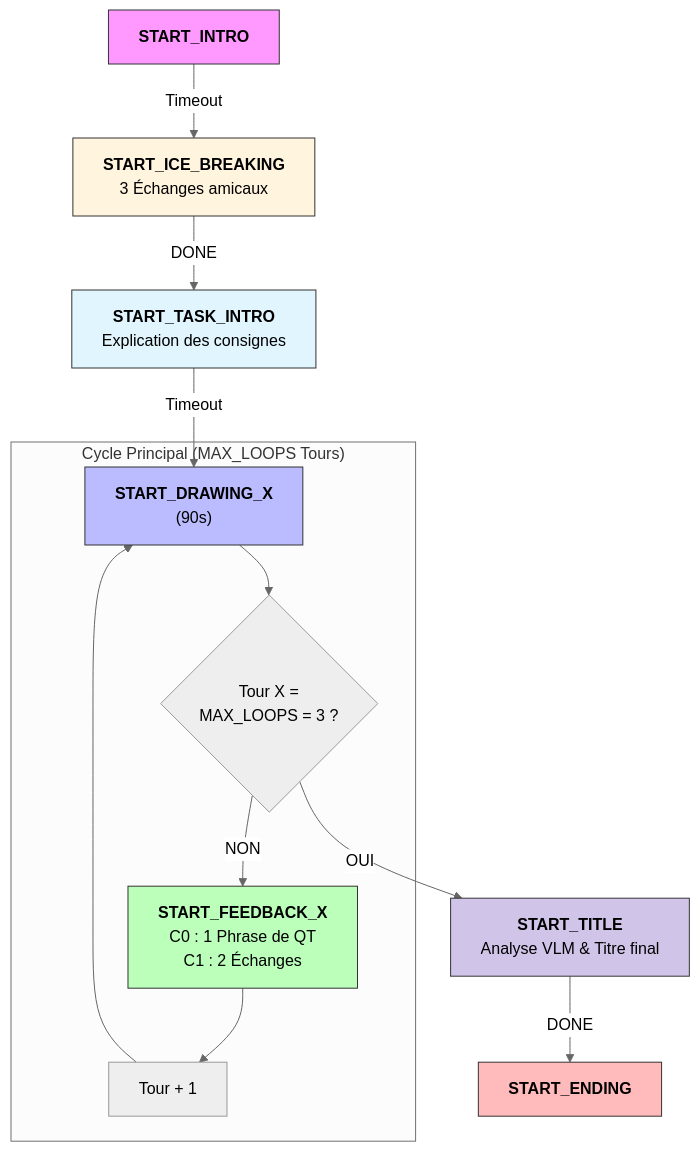
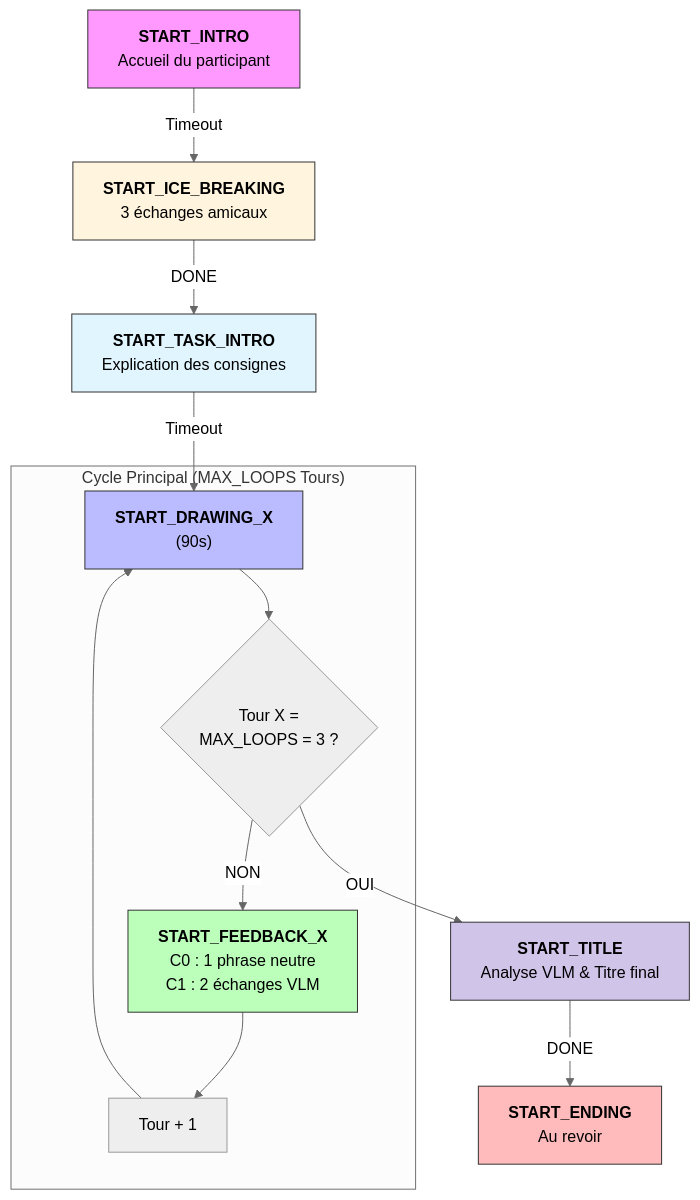
The diagram in README.md (Marcopolo-g/CreaRobot), drawn with Mermaid (neutral theme) before and after one commit. The commit also changed other lines of this file and 29 other files, not shown here.

````diff
--- a/README.md
+++ b/README.md
@@ -151,38 +112,33 @@
 ```mermaid
 graph TD
-    %% Phase d'initialisation
-    INTRO[<b>START_INTRO</b><br/>] 
-    
-    INTRO -- "Timeout" --> ICE[<b>START_ICE_BREAKING</b><br/>3 Échanges amicaux<br/>]
-    
+    INTRO[<b>START_INTRO</b><br/>Accueil du participant]
+
+    INTRO -- "Timeout" --> ICE[<b>START_ICE_BREAKING</b><br/>3 échanges amicaux]
+
     ICE -- "DONE" --> TASK[<b>START_TASK_INTRO</b><br/>Explication des consignes]
-    
+
     TASK -- "Timeout" --> DRAW
 
-    %% Cycle itératif
     subgraph "Cycle Principal (MAX_LOOPS Tours)"
         DRAW["<b>START_DRAWING_X</b><br/>(90s)"]
-        DRAW --> DECIDE{Tour X = 
+        DRAW --> DECIDE{Tour X =
         MAX_LOOPS = 3 ?}
-        
-        DECIDE -- "NON" --> FEEDBACK["<b>START_FEEDBACK_X</b><br/>C0 : 1 Phrase de QT
-        C1 : 2 Échanges"]
+
+        DECIDE -- "NON" --> FEEDBACK["<b>START_FEEDBACK_X</b><br/>C0 : 1 phrase neutre
+        C1 : 2 échanges VLM"]
         FEEDBACK --> INC[Tour + 1]
         INC --> DRAW
     end
 
-    %% Phase de clôture
-    DECIDE -- "OUI" --> TITLE["<b>START_TITLE</b><br/>Analyse VLM & Titre final<br/>"]
-    
-    TITLE -- "DONE" --> ENDING["<b>START_ENDING</b><br/>"]
-    
+    DECIDE -- "OUI" --> TITLE["<b>START_TITLE</b><br/>Analyse VLM & Titre final"]
 
-    %% Styles de couleurs pour la clarté du README
-    style INTRO fill:#f9f,stroke:#333, color:#000
-    style ICE fill:#fff4dd,stroke:#333, color:#000
-    style TASK fill:#e1f5fe,stroke:#333, color:#000
-    style DRAW fill:#bbf,stroke:#333, color:#000
-    style FEEDBACK fill:#bfb,stroke:#333, color:#000
-    style TITLE fill:#d1c4e9,stroke:#333, color:#000
-    style ENDING fill:#fbb,stroke:#333, color:#000
+    TITLE -- "DONE" --> ENDING["<b>START_ENDING</b><br/>Au revoir"]
+
+    style INTRO fill:#f9f,stroke:#333,color:#000
+    style ICE fill:#fff4dd,stroke:#333,color:#000
+    style TASK fill:#e1f5fe,stroke:#333,color:#000
+    style DRAW fill:#bbf,stroke:#333,color:#000
+    style FEEDBACK fill:#bfb,stroke:#333,color:#000
+    style TITLE fill:#d1c4e9,stroke:#333,color:#000
+    style ENDING fill:#fbb,stroke:#333,color:#000
 ```
````
